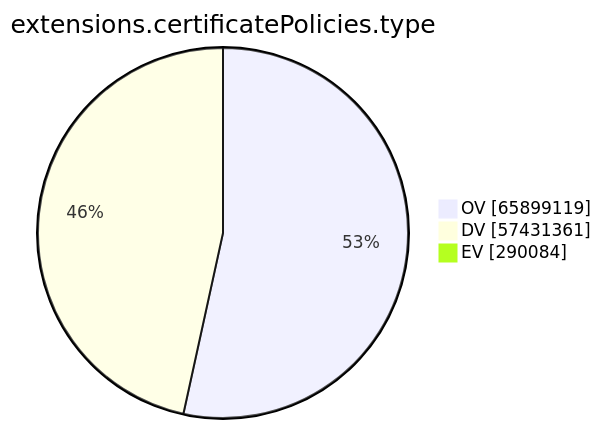
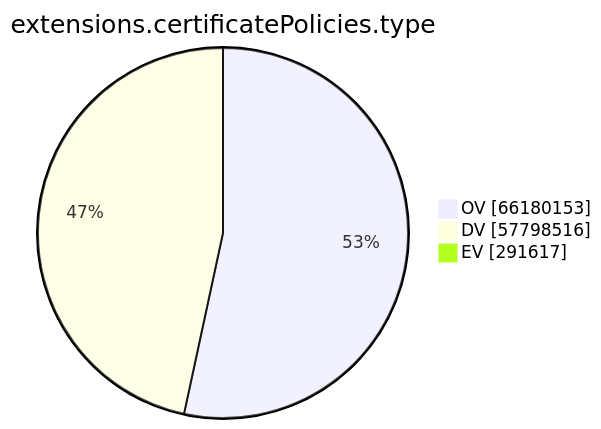
The ninth of 15 diagrams in xenon2023/README.md (christiankrug/ctmonitor_visualization), drawn with Mermaid before and after one commit. The commit also changed other lines of this file, not shown here.

````diff
--- a/xenon2023/README.md
+++ b/xenon2023/README.md
@@ -2168,7 +2171,7 @@
 ```mermaid
 pie showData
 title extensions.certificatePolicies.type
-"OV" :65899119
-"DV" :57431361
-"EV" :290084
+"OV" :66180153
+"DV" :57798516
+"EV" :291617
 ```
````
